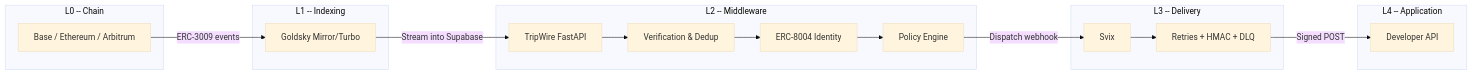
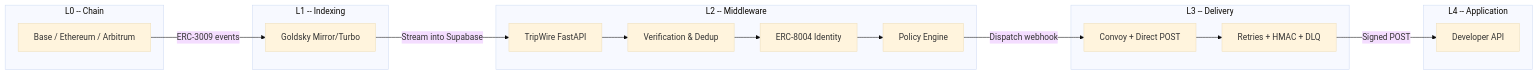
Before and after one commit to sonu96/TripWire: the diagram in README.md, drawn with Mermaid (base theme). The commit also changed other lines of this file and 33 other files, not shown here.

First line of the commit message:
Replace Svix with Convoy self-hosted + direct httpx fast path

````diff
--- a/README.md
+++ b/README.md
@@ -39,33 +39,33 @@
 ```mermaid
 flowchart LR
     subgraph L0["L0 -- Chain"]
         A[Base / Ethereum / Arbitrum]
     end
 
     subgraph L1["L1 -- Indexing"]
         B[Goldsky Mirror/Turbo]
     end
 
     subgraph L2["L2 -- Middleware"]
         C[TripWire FastAPI]
         C1[Verification & Dedup]
         C2[ERC-8004 Identity]
         C3[Policy Engine]
         C --> C1 --> C2 --> C3
     end
 
     subgraph L3["L3 -- Delivery"]
-        D[Svix]
+        D[Convoy + Direct POST]
         D1[Retries + HMAC + DLQ]
         D --> D1
     end
 
     subgraph L4["L4 -- Application"]
         E[Developer API]
     end
 
     A -- "ERC-3009 events" --> B
     B -- "Stream into Supabase" --> C
     C3 -- "Dispatch webhook" --> D
     D1 -- "Signed POST" --> E
 ```
````
